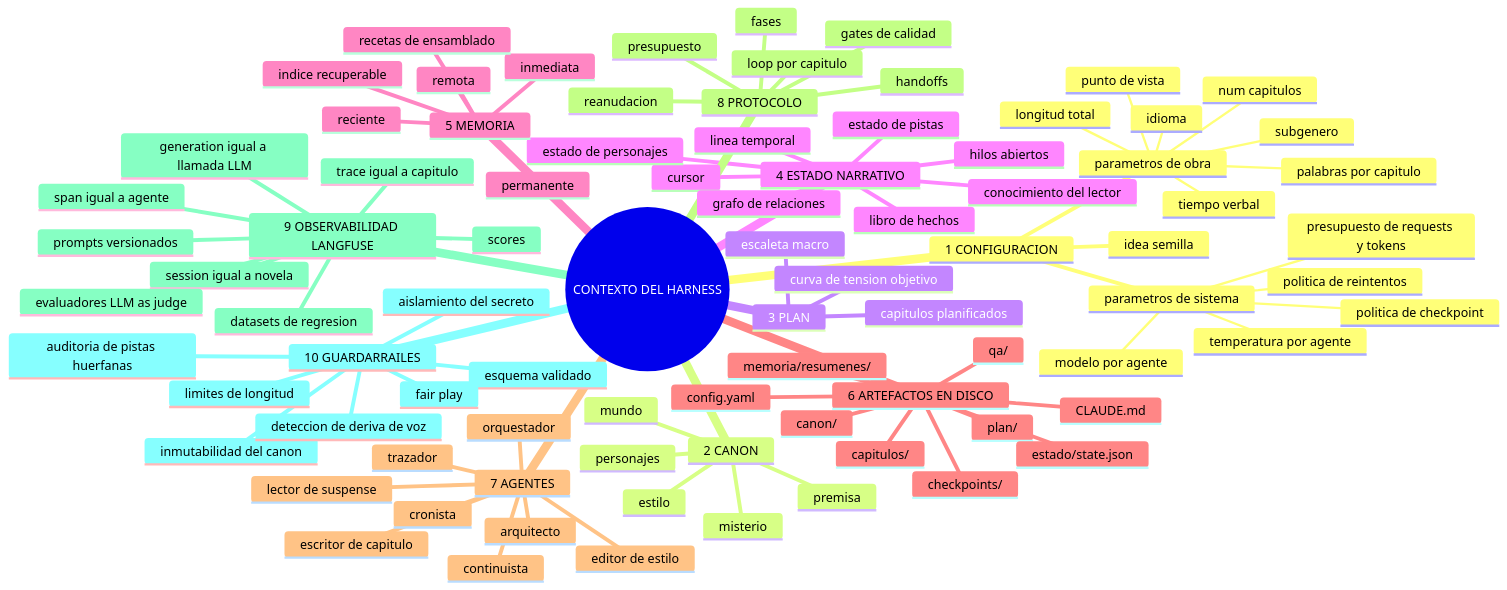
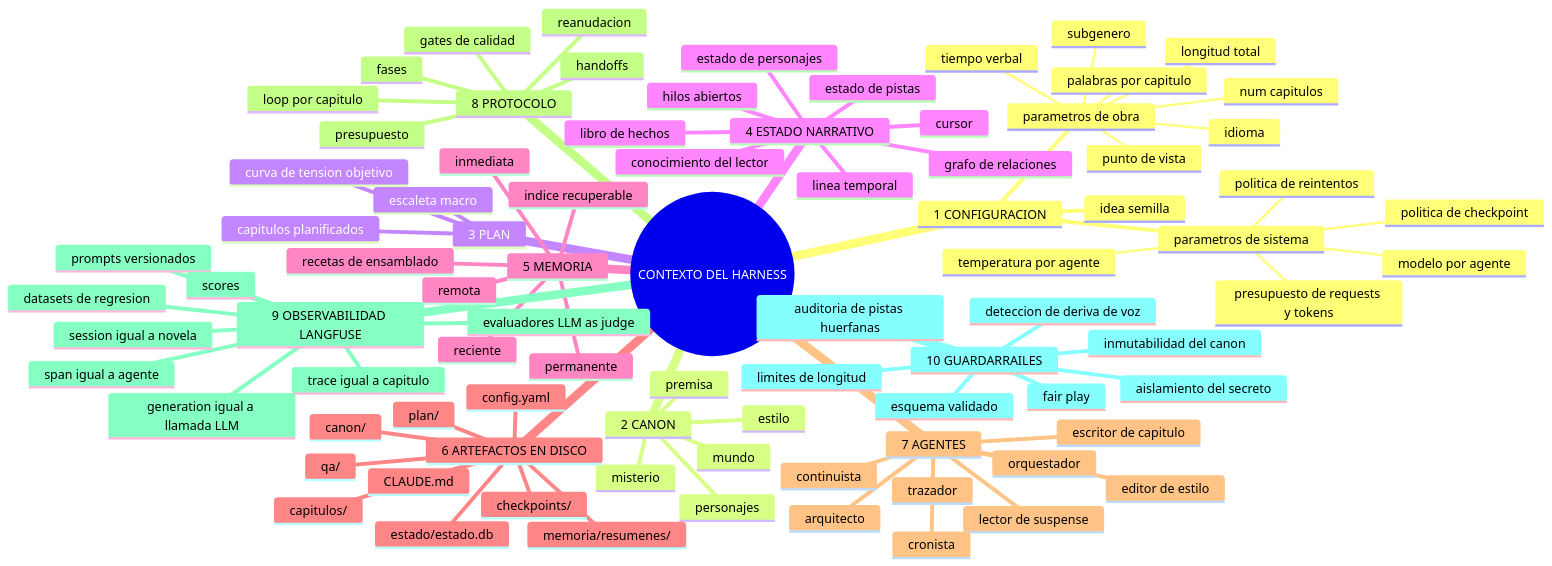
Before and after one commit to 4rtuz/story-maker: the first of 6 diagrams in docs/domain-knowledge.md, drawn with Mermaid. The commit also changed other lines of this file and 5 other files, not shown here.

```diff
--- a/docs/domain-knowledge.md
+++ b/docs/domain-knowledge.md
@@ -55,7 +55,7 @@
       config.yaml
       canon/
       plan/
-      estado/state.json
+      estado/estado.db
       memoria/resumenes/
       capitulos/
       qa/
```
